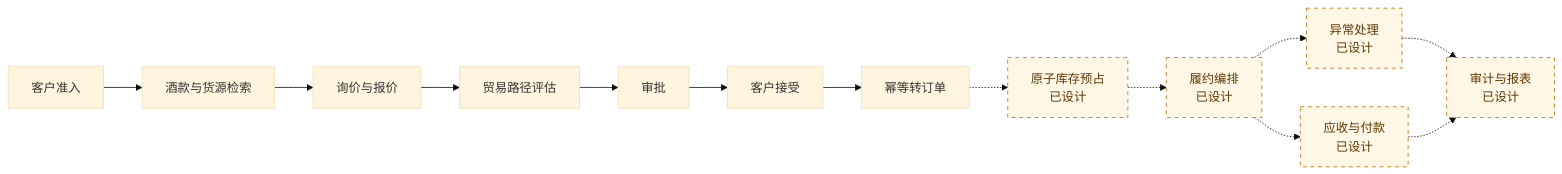
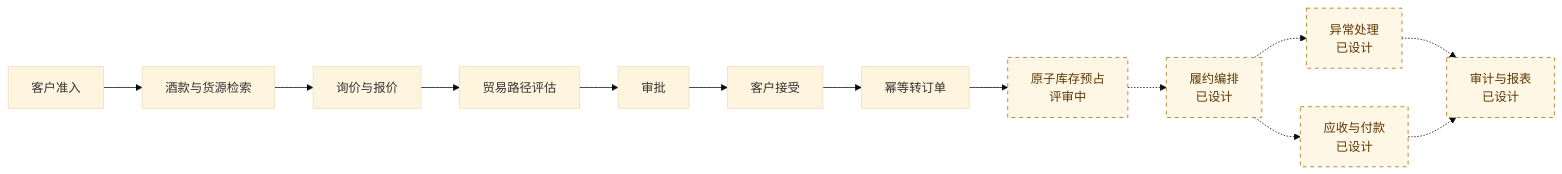
The third of 3 diagrams in README.md (RomanticHW/cellarbridge-platform), drawn with Mermaid (base theme) before and after one commit. The commit also changed other lines of this file and 9 other files, not shown here.

````diff
--- a/README.md
+++ b/README.md
@@ -281,18 +281,18 @@
 ```mermaid
 flowchart LR
     A[客户准入] --> B[酒款与货源检索]
     B --> C[询价与报价]
     C --> D[贸易路径评估]
     D --> E[审批]
     E --> F[客户接受]
     F --> G[幂等转订单]
-    G -.-> H[原子库存预占<br/>已设计]
+    G --> H[原子库存预占<br/>评审中]
     H -.-> I[履约编排<br/>已设计]
     I -.-> J[异常处理<br/>已设计]
     I -.-> K[应收与付款<br/>已设计]
     J -.-> L[审计与报表<br/>已设计]
     K -.-> L
 
     classDef planned fill:#fff7e6,stroke:#b26a00,color:#5f3700,stroke-dasharray:5 5;
     class H,I,J,K,L planned;
 ```
````
